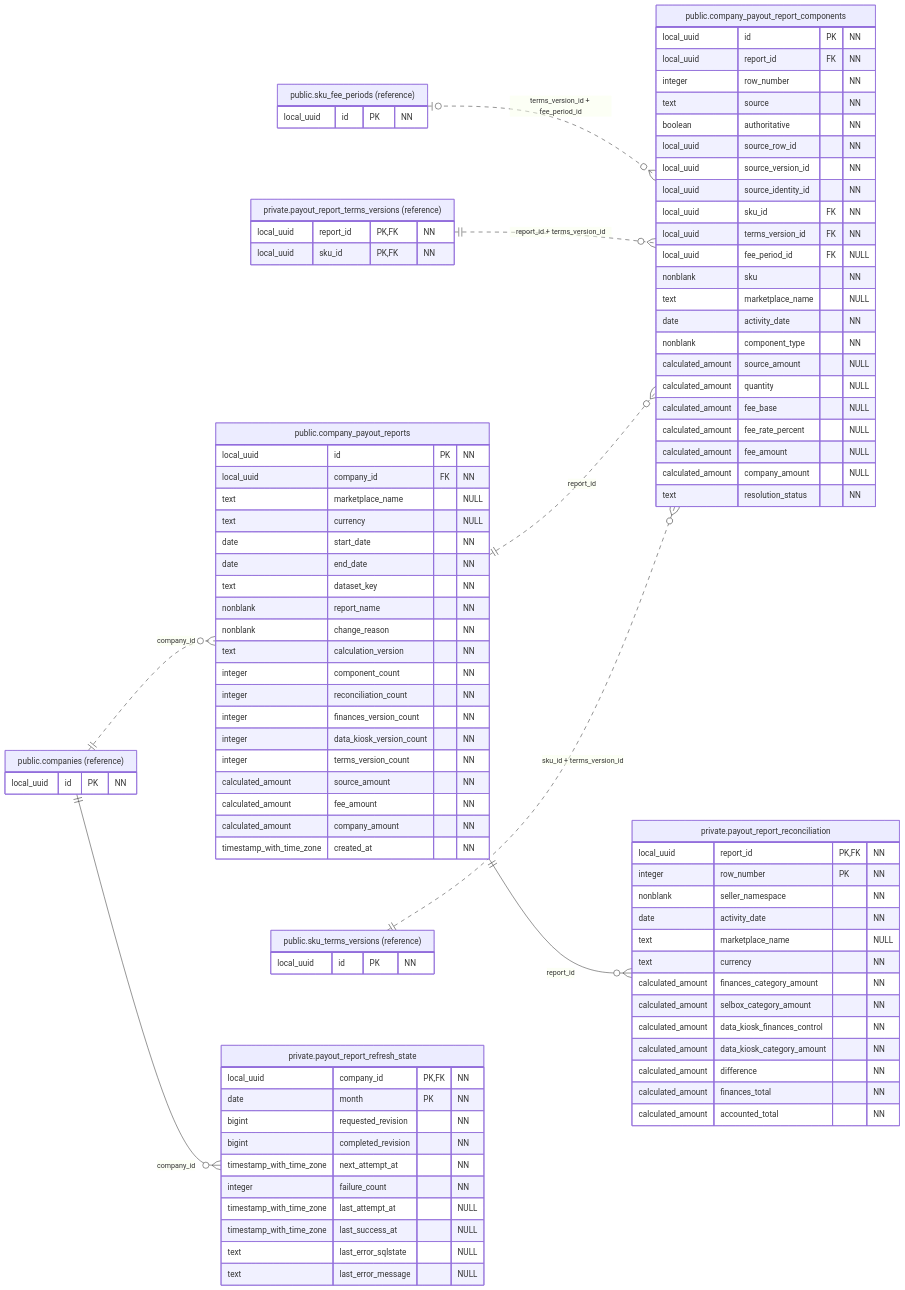
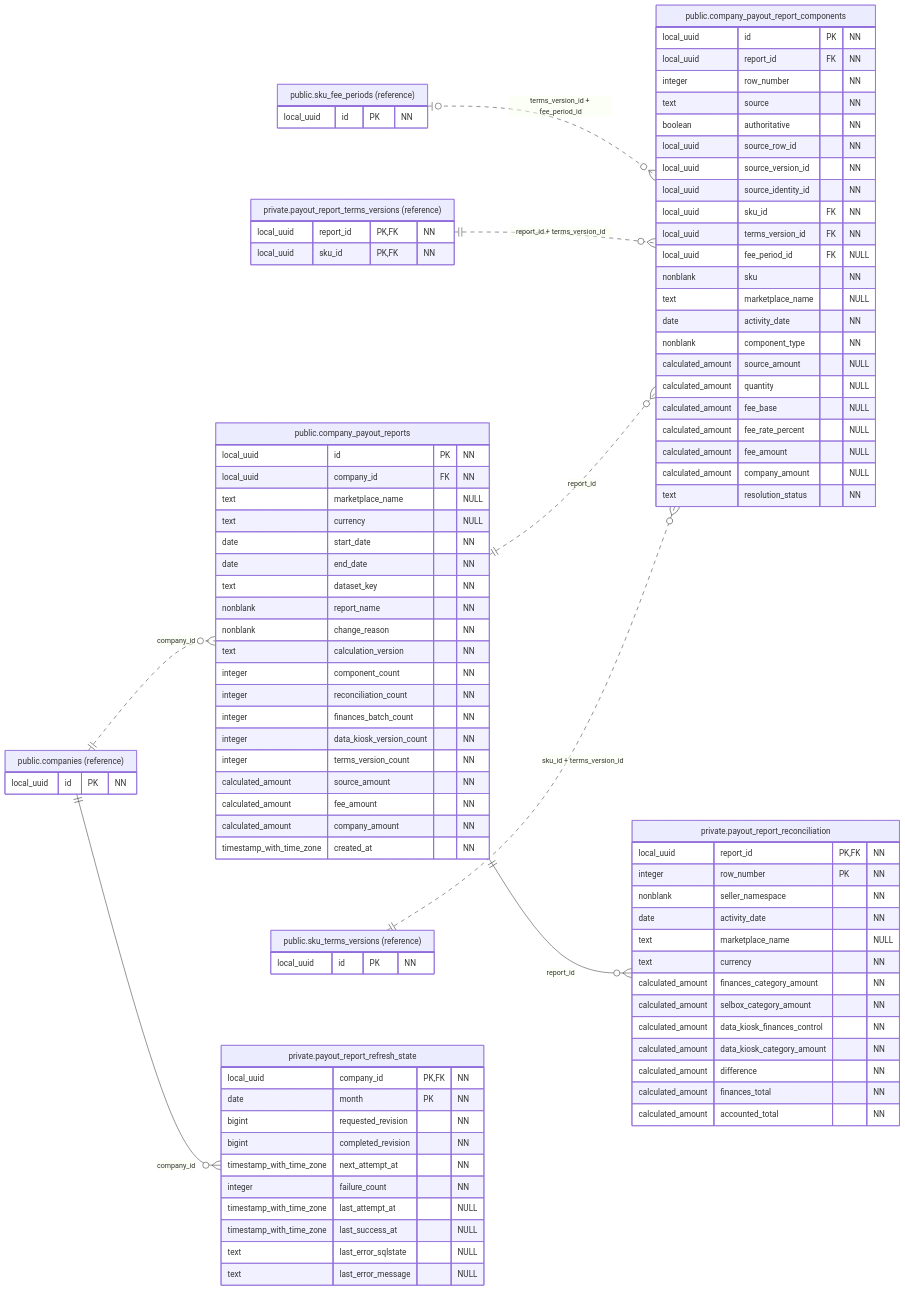
Before and after one commit to qwercxzsda/A-SelBox: the diagram in docs/figures/database/06-payout-results.mmd, drawn with Mermaid. The commit also changed 192 other files, not shown here.

```diff
--- a/docs/figures/database/06-payout-results.mmd
+++ b/docs/figures/database/06-payout-results.mmd
@@ -1,102 +1,102 @@
 erDiagram
     direction LR
     public_companies ||..o{ public_company_payout_reports : "company_id"
     public_sku_fee_periods o|..o{ public_company_payout_report_components : "terms_version_id + fee_period_id"
     private_payout_report_terms_versions ||..o{ public_company_payout_report_components : "report_id + terms_version_id"
     public_company_payout_reports ||..o{ public_company_payout_report_components : "report_id"
     public_sku_terms_versions ||..o{ public_company_payout_report_components : "sku_id + terms_version_id"
     public_company_payout_reports ||--o{ private_payout_report_reconciliation : "report_id"
     public_companies ||--o{ private_payout_report_refresh_state : "company_id"
 
     public_company_payout_reports["public.company_payout_reports"] {
         local_uuid id PK "NN"
         local_uuid company_id FK "NN"
         text marketplace_name "NULL"
         text currency "NULL"
         date start_date "NN"
         date end_date "NN"
         text dataset_key "NN"
         nonblank report_name "NN"
         nonblank change_reason "NN"
         text calculation_version "NN"
         integer component_count "NN"
         integer reconciliation_count "NN"
-        integer finances_version_count "NN"
+        integer finances_batch_count "NN"
         integer data_kiosk_version_count "NN"
         integer terms_version_count "NN"
         calculated_amount source_amount "NN"
         calculated_amount fee_amount "NN"
         calculated_amount company_amount "NN"
         timestamp_with_time_zone created_at "NN"
     }
 
     public_company_payout_report_components["public.company_payout_report_components"] {
         local_uuid id PK "NN"
         local_uuid report_id FK "NN"
         integer row_number "NN"
         text source "NN"
         boolean authoritative "NN"
         local_uuid source_row_id "NN"
         local_uuid source_version_id "NN"
         local_uuid source_identity_id "NN"
         local_uuid sku_id FK "NN"
         local_uuid terms_version_id FK "NN"
         local_uuid fee_period_id FK "NULL"
         nonblank sku "NN"
         text marketplace_name "NULL"
         date activity_date "NN"
         nonblank component_type "NN"
         calculated_amount source_amount "NULL"
         calculated_amount quantity "NULL"
         calculated_amount fee_base "NULL"
         calculated_amount fee_rate_percent "NULL"
         calculated_amount fee_amount "NULL"
         calculated_amount company_amount "NULL"
         text resolution_status "NN"
     }
 
     private_payout_report_reconciliation["private.payout_report_reconciliation"] {
         local_uuid report_id PK, FK "NN"
         integer row_number PK "NN"
         nonblank seller_namespace "NN"
         date activity_date "NN"
         text marketplace_name "NULL"
         text currency "NN"
         calculated_amount finances_category_amount "NN"
         calculated_amount selbox_category_amount "NN"
         calculated_amount data_kiosk_finances_control "NN"
         calculated_amount data_kiosk_category_amount "NN"
         calculated_amount difference "NN"
         calculated_amount finances_total "NN"
         calculated_amount accounted_total "NN"
     }
 
     private_payout_report_refresh_state["private.payout_report_refresh_state"] {
         local_uuid company_id PK, FK "NN"
         date month PK "NN"
         bigint requested_revision "NN"
         bigint completed_revision "NN"
         timestamp_with_time_zone next_attempt_at "NN"
         integer failure_count "NN"
         timestamp_with_time_zone last_attempt_at "NULL"
         timestamp_with_time_zone last_success_at "NULL"
         text last_error_sqlstate "NULL"
         text last_error_message "NULL"
     }
 
     private_payout_report_terms_versions["private.payout_report_terms_versions (reference)"] {
         local_uuid report_id PK, FK "NN"
         local_uuid sku_id PK, FK "NN"
     }
 
     public_companies["public.companies (reference)"] {
         local_uuid id PK "NN"
     }
 
     public_sku_fee_periods["public.sku_fee_periods (reference)"] {
         local_uuid id PK "NN"
     }
 
     public_sku_terms_versions["public.sku_terms_versions (reference)"] {
         local_uuid id PK "NN"
     }
```
